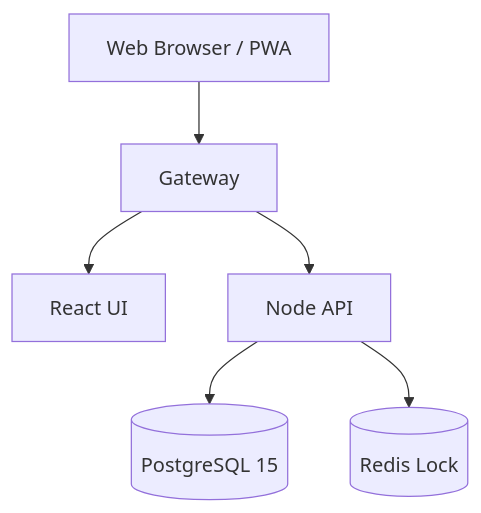
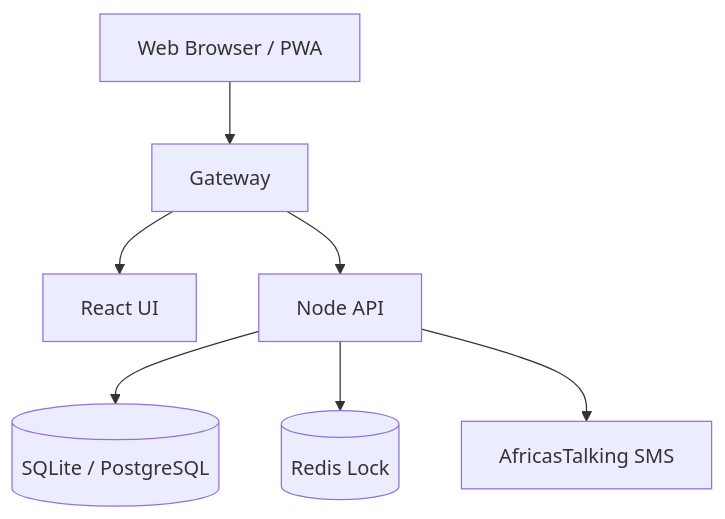
Before and after one commit to ANDREW-SIGEI/ukombozini-2026tbms: the diagram in PROJECT_COMPLETE.md, drawn with Mermaid. The commit also changed other lines of this file and 148 other files, not shown here.

````diff
--- a/PROJECT_COMPLETE.md
+++ b/PROJECT_COMPLETE.md
@@ -57,8 +48,9 @@
 ```mermaid
 graph TD
     Browser[Web Browser / PWA] --> NGINX[Gateway]
     NGINX --> Frontend[React UI]
     NGINX --> Backend[Node API]
-    Backend --> DB[(PostgreSQL 15)]
+    Backend --> DB[(SQLite / PostgreSQL)]
     Backend --> Redis[(Redis Lock)]
+    Backend --> SMS[AfricasTalking SMS]
 ```
````
